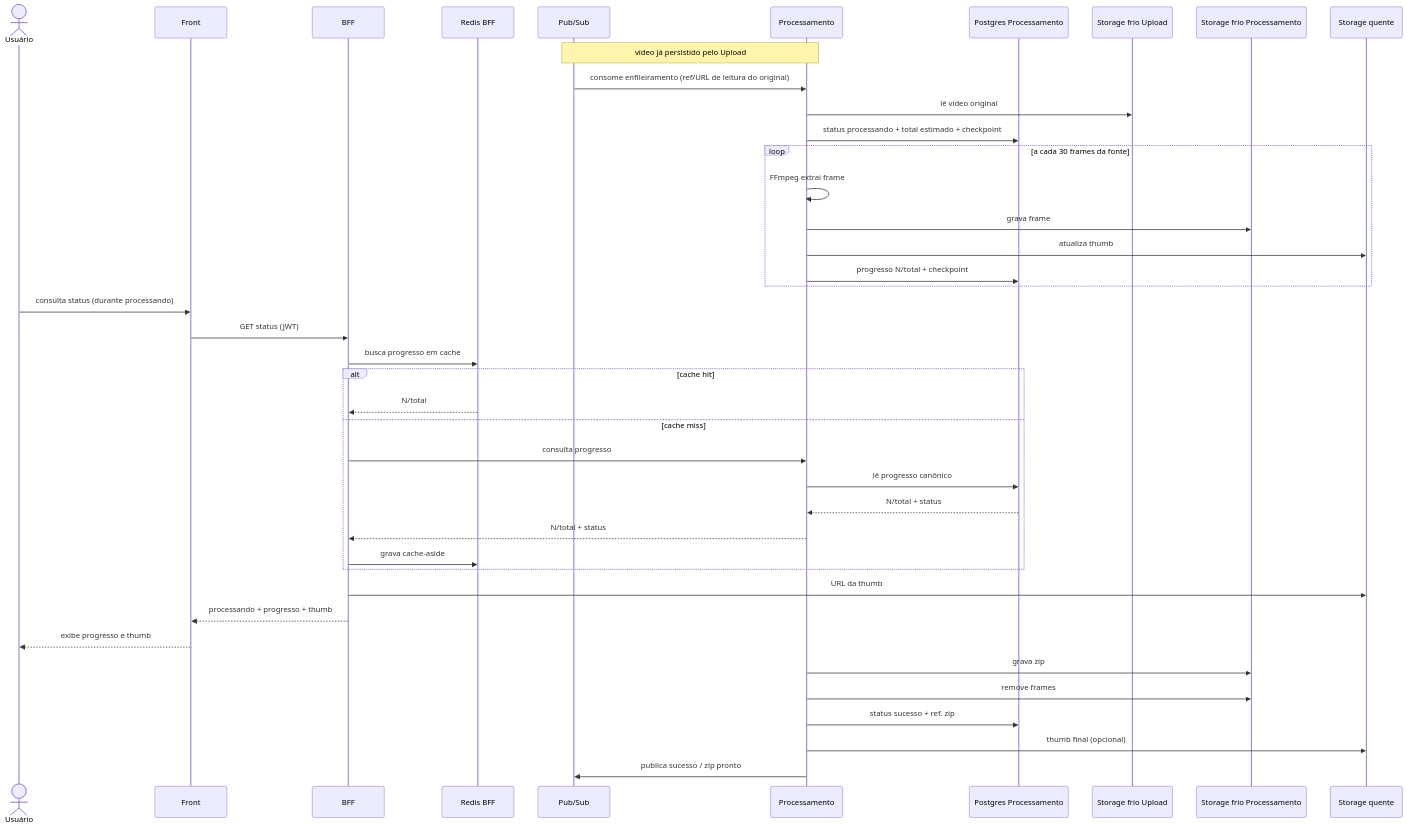
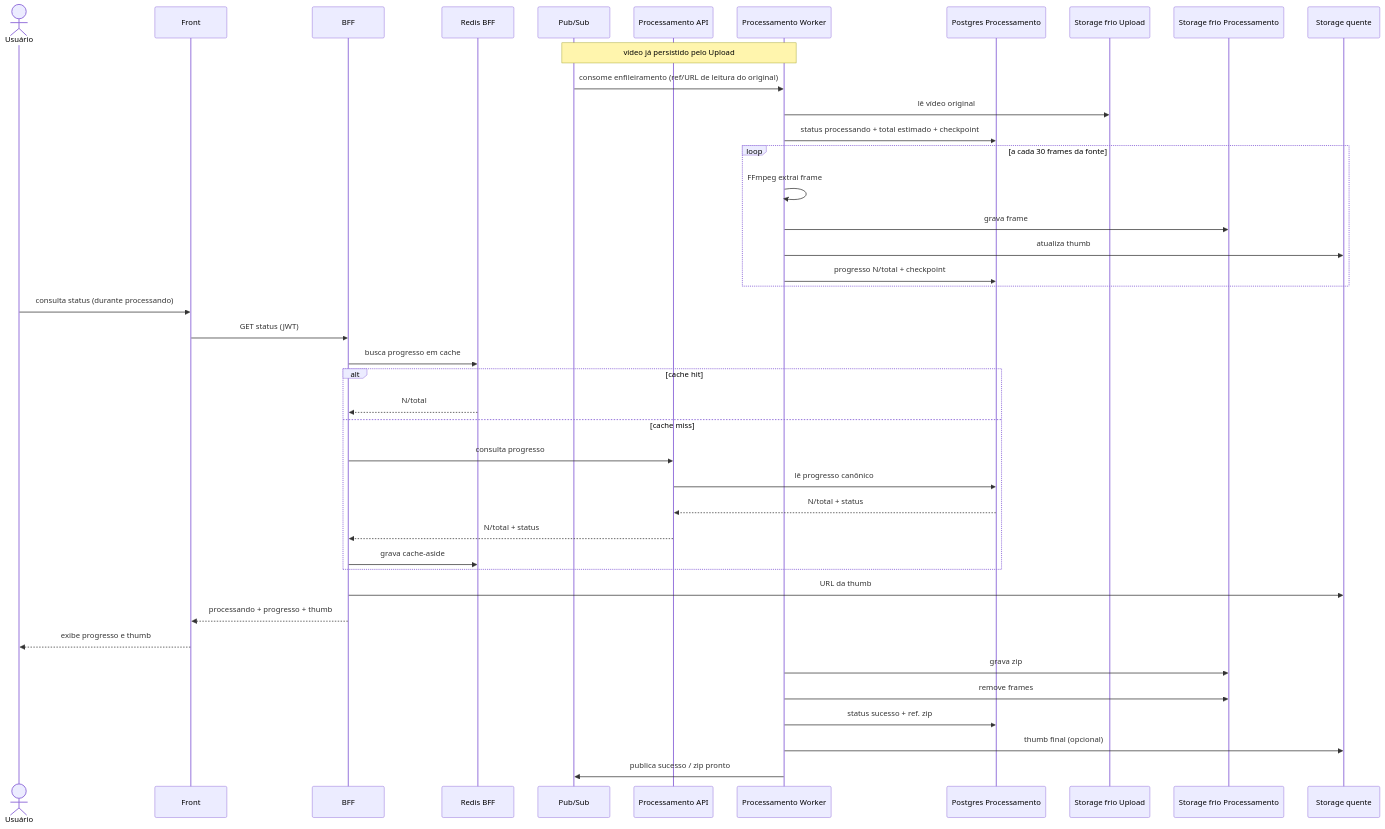
One commit to fiap-x-vcosta/docs changed the diagram in fluxo-e-estados/02_caminho-feliz-processamento.md. Above: the diagram before and after it, drawn with Mermaid.

Commit message:
docs: separar API e worker no fluxo de processamento
Consulta de progresso via API; FFmpeg, mídia e checkpoint no worker.

````diff
--- a/fluxo-e-estados/02_caminho-feliz-processamento.md
+++ b/fluxo-e-estados/02_caminho-feliz-processamento.md
@@ -1,47 +1,48 @@
 ```mermaid
 sequenceDiagram
   actor U as Usuário
   participant Web as Front
   participant BFF as BFF
   participant Redis as Redis BFF
   participant Bus as Pub/Sub
-  participant Proc as Processamento
+  participant Api as Processamento API
+  participant Worker as Processamento Worker
   participant PGP as Postgres Processamento
   participant FrioUp as Storage frio Upload
   participant FrioProc as Storage frio Processamento
   participant Quente as Storage quente
 
-  Note over Bus,Proc: vídeo já persistido pelo Upload
-  Bus->>Proc: consome enfileiramento (ref/URL de leitura do original)
-  Proc->>FrioUp: lê vídeo original
-  Proc->>PGP: status processando + total estimado + checkpoint
+  Note over Bus,Worker: vídeo já persistido pelo Upload
+  Bus->>Worker: consome enfileiramento (ref/URL de leitura do original)
+  Worker->>FrioUp: lê vídeo original
+  Worker->>PGP: status processando + total estimado + checkpoint
 
   loop a cada 30 frames da fonte
-    Proc->>Proc: FFmpeg extrai frame
-    Proc->>FrioProc: grava frame
-    Proc->>Quente: atualiza thumb
-    Proc->>PGP: progresso N/total + checkpoint
+    Worker->>Worker: FFmpeg extrai frame
+    Worker->>FrioProc: grava frame
+    Worker->>Quente: atualiza thumb
+    Worker->>PGP: progresso N/total + checkpoint
   end
 
   U->>Web: consulta status (durante processando)
   Web->>BFF: GET status (JWT)
   BFF->>Redis: busca progresso em cache
   alt cache hit
     Redis-->>BFF: N/total
   else cache miss
-    BFF->>Proc: consulta progresso
-    Proc->>PGP: lê progresso canônico
-    PGP-->>Proc: N/total + status
-    Proc-->>BFF: N/total + status
+    BFF->>Api: consulta progresso
+    Api->>PGP: lê progresso canônico
+    PGP-->>Api: N/total + status
+    Api-->>BFF: N/total + status
     BFF->>Redis: grava cache-aside
   end
   BFF->>Quente: URL da thumb
   BFF-->>Web: processando + progresso + thumb
   Web-->>U: exibe progresso e thumb
 
-  Proc->>FrioProc: grava zip
-  Proc->>FrioProc: remove frames
-  Proc->>PGP: status sucesso + ref. zip
-  Proc->>Quente: thumb final (opcional)
-  Proc->>Bus: publica sucesso / zip pronto
+  Worker->>FrioProc: grava zip
+  Worker->>FrioProc: remove frames
+  Worker->>PGP: status sucesso + ref. zip
+  Worker->>Quente: thumb final (opcional)
+  Worker->>Bus: publica sucesso / zip pronto
 ```
````
